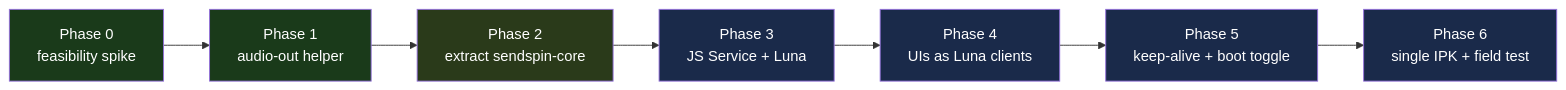
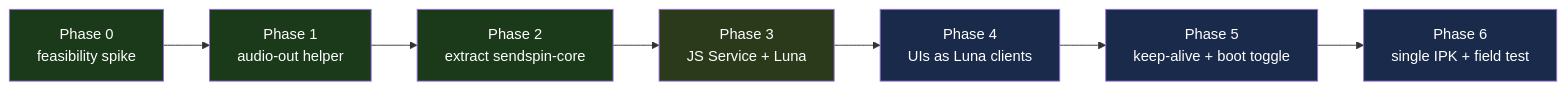
The first of 2 diagrams in docs/PROGRESS.md (daredoes/sendspin-webos), drawn with Mermaid before and after one commit. The commit also changed other lines of this file and 3 other files, not shown here.

````diff
--- a/docs/PROGRESS.md
+++ b/docs/PROGRESS.md
@@ -13,17 +13,17 @@
 ```mermaid
 flowchart LR
     P0[Phase 0<br/>feasibility spike] --> P1[Phase 1<br/>audio-out helper]
     P1 --> P2[Phase 2<br/>extract sendspin-core]
     P2 --> P3[Phase 3<br/>JS Service + Luna]
     P3 --> P4[Phase 4<br/>UIs as Luna clients]
     P4 --> P5[Phase 5<br/>keep-alive + boot toggle]
     P5 --> P6[Phase 6<br/>single IPK + field test]
 
     style P0 fill:#1a3a1a,color:#fff
     style P1 fill:#1a3a1a,color:#fff
-    style P2 fill:#2a3a1a,color:#fff
-    style P3 fill:#1a2a4a,color:#fff
+    style P2 fill:#1a3a1a,color:#fff
+    style P3 fill:#2a3a1a,color:#fff
     style P4 fill:#1a2a4a,color:#fff
     style P5 fill:#1a2a4a,color:#fff
     style P6 fill:#1a2a4a,color:#fff
 ```
````
